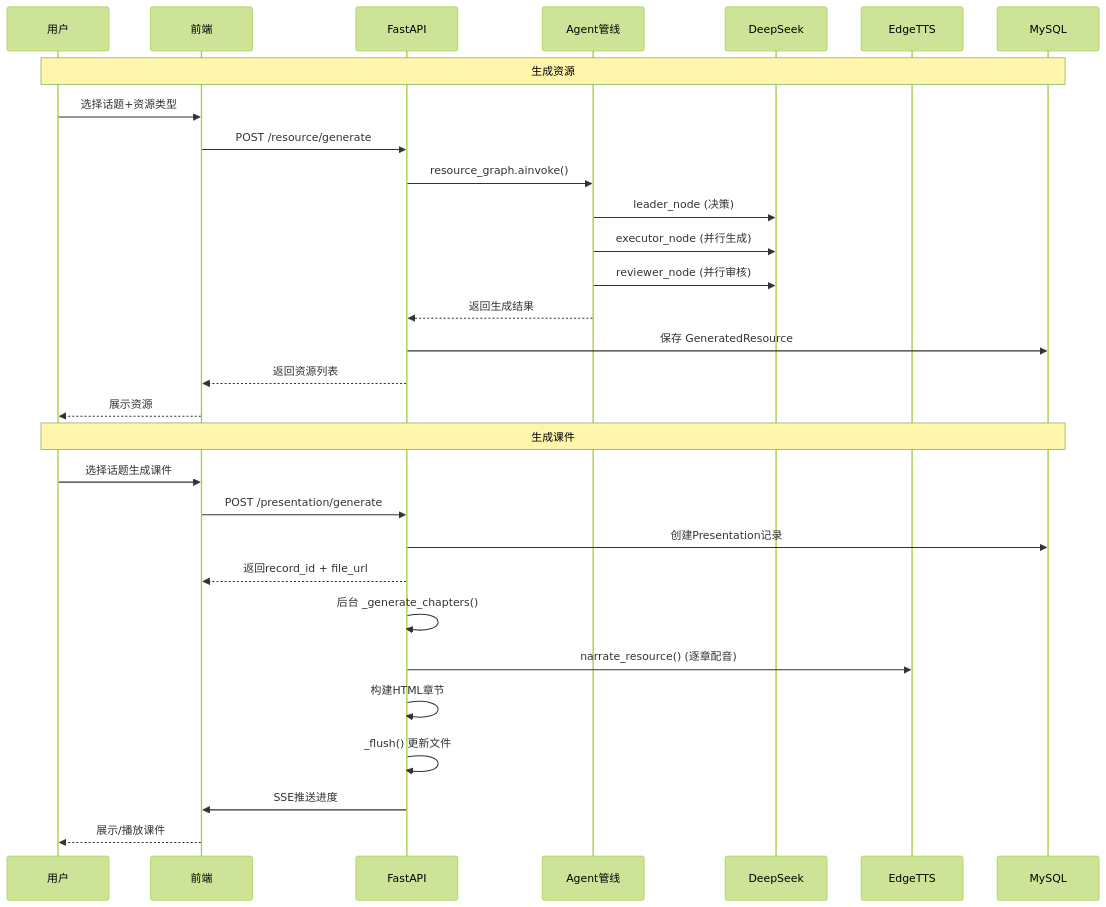
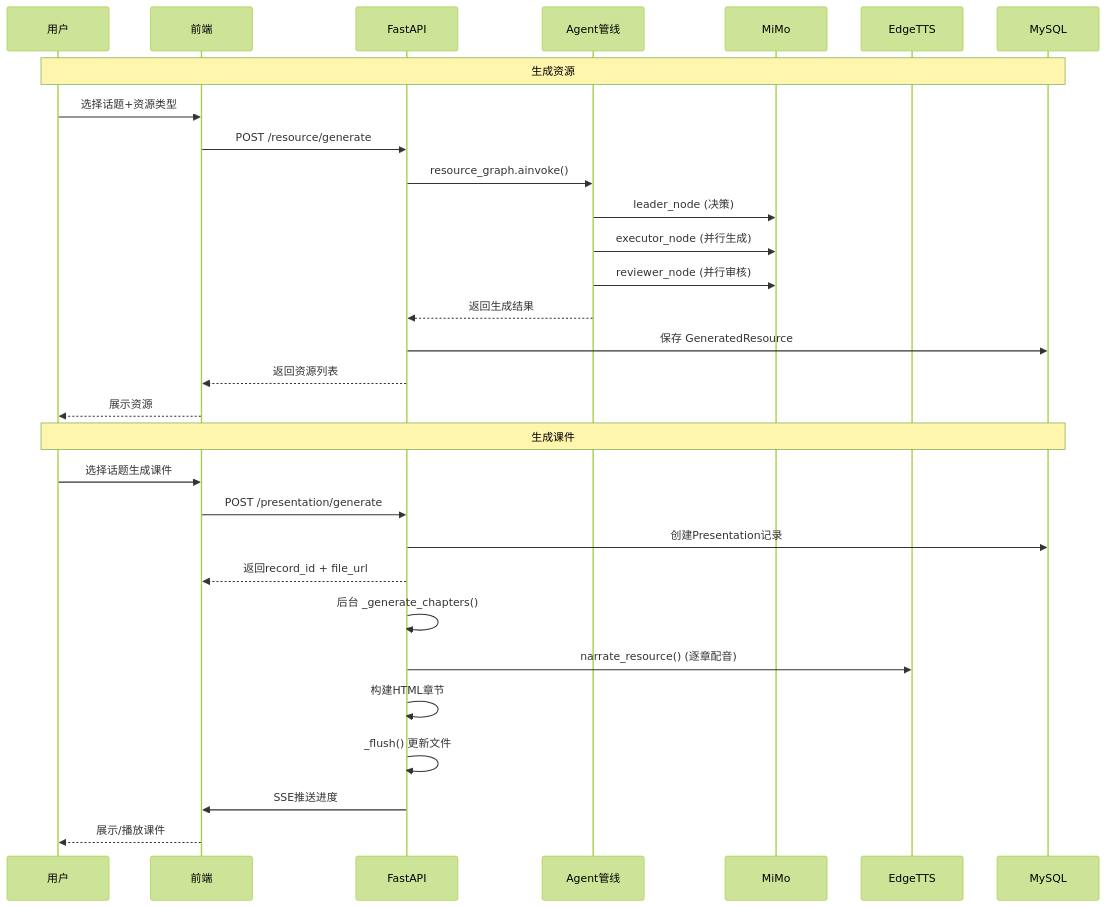
Before and after one commit to zhangjinkang-zjk/LearnMate: the second of 2 diagrams in backend/docs/architecture.md, drawn with Mermaid (forest theme). The commit also changed other lines of this file and 2 other files, not shown here.

Commit message:
chore(ai): switch the general model from DeepSeek to MiMo
通用生成模型改用已有的 MiMo 配置（原先 MiMo 只服务视觉模型）。三处一起改，
否则只换模型名会把 DeepSeek 的密钥发到 MiMo 端点：

- AI_MODEL       deepseek-flash        -> mimo-v2.5
- AI_BASE_URL    api.deepseek.com      -> api.xiaomimimo.com/v1
- api_key 回退链中加入 VISION_API_KEY，排在项目原有的 api_key（DeepSeek）之前，
  这样只配了 MiMo 密钥的机器不会回退到错的供应商。
- 同步更新 e2e checklist 示例与 architecture.md 里两处过时的 DeepSeek 标注。

backend/.env 被 .gitignore 排除，本地那份已指向 MiMo 并用 ${VISION_API_KEY}
复用已有密钥（不在版本库里，也不重复写密钥）。

验证：实际发起一次纯文本 chat 调用成功，响应 model 字段确认为 mimo-v2.5——
此前 mimo-v2.5 只跑过视觉，这一步确认它同样能承担通用文本生成。
后端测试 142 passed（另 2 条为改动前既有失败）。

````diff
--- a/backend/docs/architecture.md
+++ b/backend/docs/architecture.md
@@ -71,34 +71,34 @@
 ```mermaid
 sequenceDiagram
     participant U as 用户
     participant F as 前端
     participant API as FastAPI
     participant AG as Agent管线
-    participant LLM as DeepSeek
+    participant LLM as MiMo
     participant TTS as EdgeTTS
     participant DB as MySQL
 
     Note over U,DB: 生成资源
     U->>F: 选择话题+资源类型
     F->>API: POST /resource/generate
     API->>AG: resource_graph.ainvoke()
     AG->>LLM: leader_node (决策)
     AG->>LLM: executor_node (并行生成)
     AG->>LLM: reviewer_node (并行审核)
     AG-->>API: 返回生成结果
     API->>DB: 保存 GeneratedResource
     API-->>F: 返回资源列表
     F-->>U: 展示资源
 
     Note over U,DB: 生成课件
     U->>F: 选择话题生成课件
     F->>API: POST /presentation/generate
     API->>DB: 创建Presentation记录
     API-->>F: 返回record_id + file_url
     API->>API: 后台 _generate_chapters()
     API->>TTS: narrate_resource() (逐章配音)
     API->>API: 构建HTML章节
     API->>API: _flush() 更新文件
     API->>F: SSE推送进度
     F-->>U: 展示/播放课件
 ```
````
